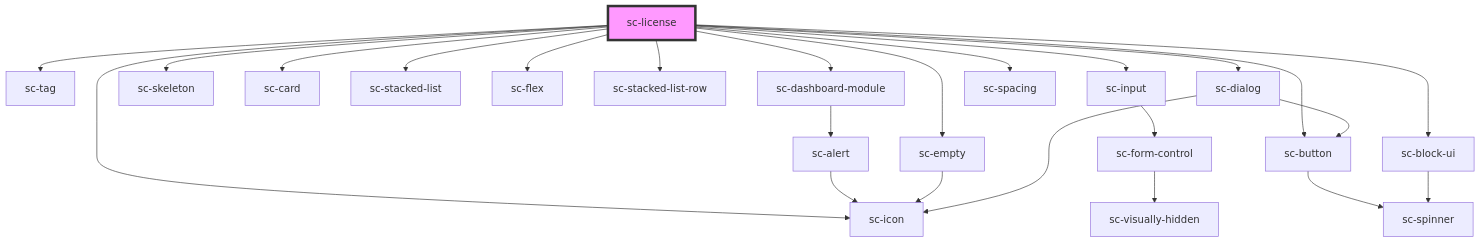
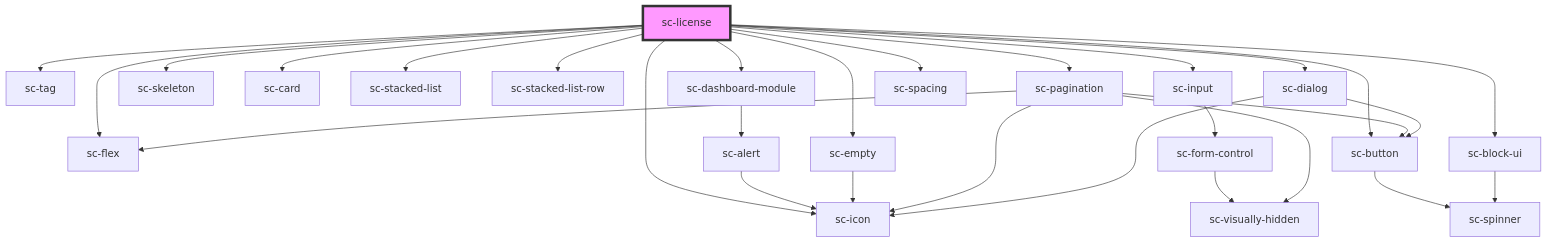
One commit to surecart/surecart-wp-plugin changed the diagram in packages/components/src/components/controllers/dashboard/sc-license/readme.md. Above: the diagram before and after it, drawn with Mermaid. The commit also changed other lines of this file and 4 other files, not shown here.

````diff
--- a/packages/components/src/components/controllers/dashboard/sc-license/readme.md
+++ b/packages/components/src/components/controllers/dashboard/sc-license/readme.md
@@ -35,27 +37,32 @@
 ```mermaid
 graph TD;
   sc-license --> sc-tag
   sc-license --> sc-dashboard-module
   sc-license --> sc-skeleton
   sc-license --> sc-card
   sc-license --> sc-stacked-list
   sc-license --> sc-flex
   sc-license --> sc-empty
   sc-license --> sc-stacked-list-row
   sc-license --> sc-input
   sc-license --> sc-button
   sc-license --> sc-block-ui
+  sc-license --> sc-pagination
   sc-license --> sc-dialog
   sc-license --> sc-icon
   sc-license --> sc-spacing
   sc-dashboard-module --> sc-alert
   sc-alert --> sc-icon
   sc-empty --> sc-icon
   sc-input --> sc-form-control
   sc-form-control --> sc-visually-hidden
   sc-button --> sc-spinner
   sc-block-ui --> sc-spinner
+  sc-pagination --> sc-flex
+  sc-pagination --> sc-button
+  sc-pagination --> sc-visually-hidden
+  sc-pagination --> sc-icon
   sc-dialog --> sc-button
   sc-dialog --> sc-icon
   style sc-license fill:#f9f,stroke:#333,stroke-width:4px
 ```
````
